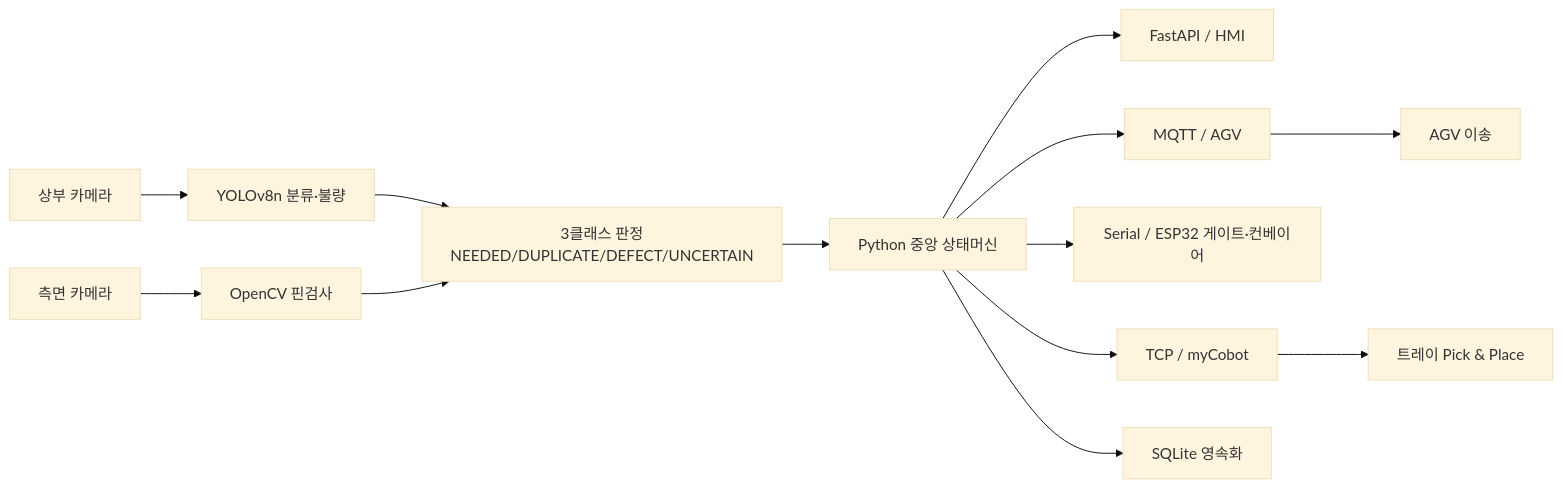
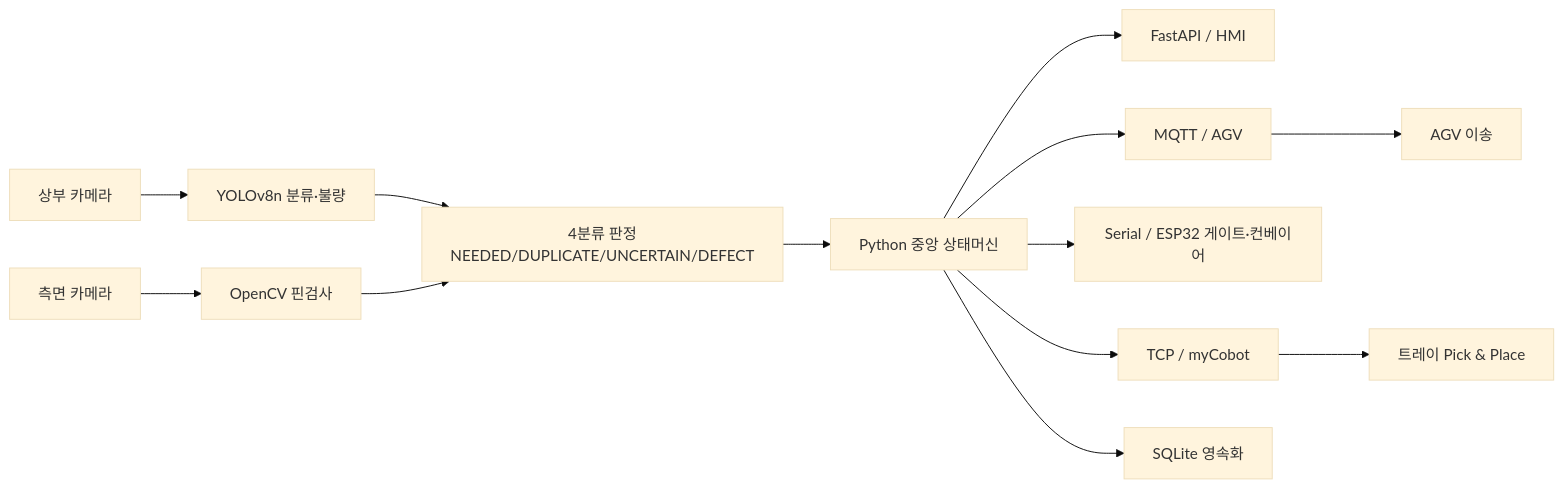
Before and after one commit to jaeni01/VisiPick: the diagram in README.md, drawn with Mermaid (base theme). The commit also changed other lines of this file and 1 other file, not shown here.

````diff
--- a/README.md
+++ b/README.md
@@ -49,15 +58,15 @@
 ```mermaid
 flowchart LR
   CAM_T["상부 카메라"] --> VISION_T["YOLOv8n 분류·불량"]
   CAM_S["측면 카메라"] --> VISION_S["OpenCV 핀검사"]
-  VISION_T --> DEC["3클래스 판정<br/>NEEDED/DUPLICATE/DEFECT/UNCERTAIN"]
+  VISION_T --> DEC["4분류 판정<br/>NEEDED/DUPLICATE/UNCERTAIN/DEFECT"]
   VISION_S --> DEC
   DEC --> FSM["Python 중앙 상태머신"]
   FSM --> HMI["FastAPI / HMI"]
   FSM --> AGV["MQTT / AGV"]
   FSM --> ESP["Serial / ESP32 게이트·컨베이어"]
   FSM --> COBOT["TCP / myCobot"]
   COBOT --> PICK["트레이 Pick & Place"]
   AGV --> MOVE["AGV 이송"]
   FSM --> DB["SQLite 영속화"]
 ```
````
